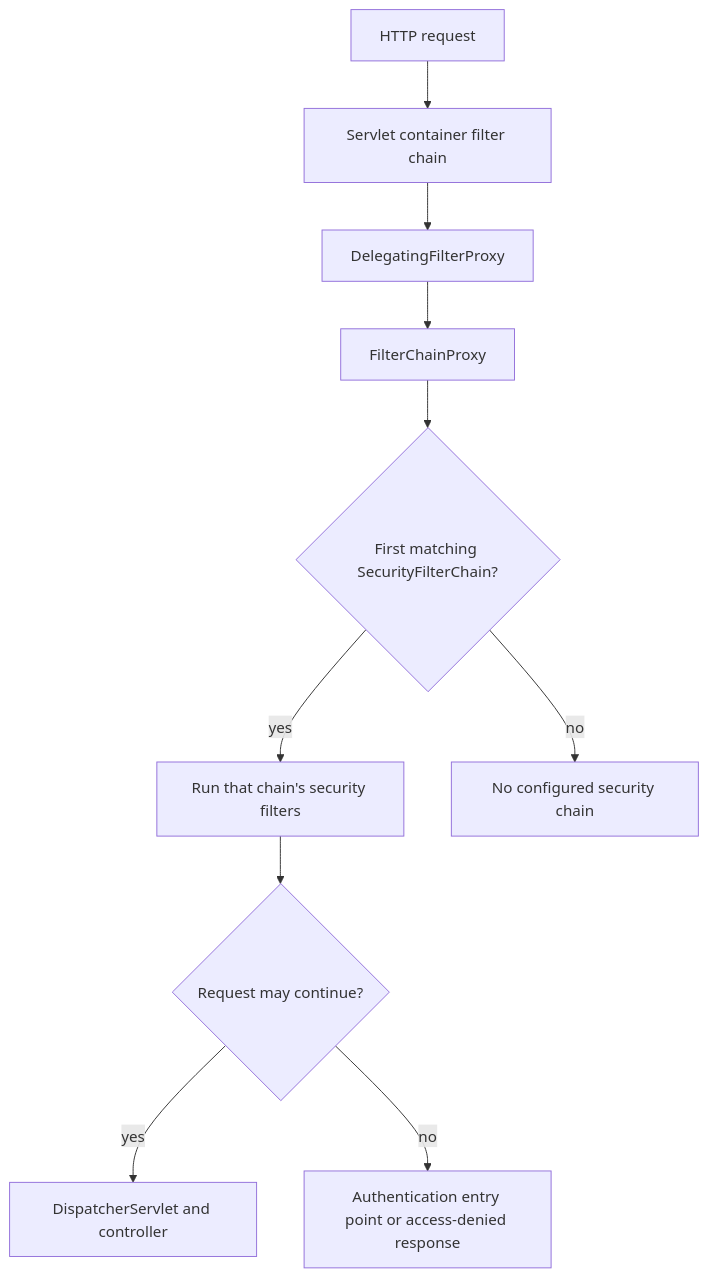
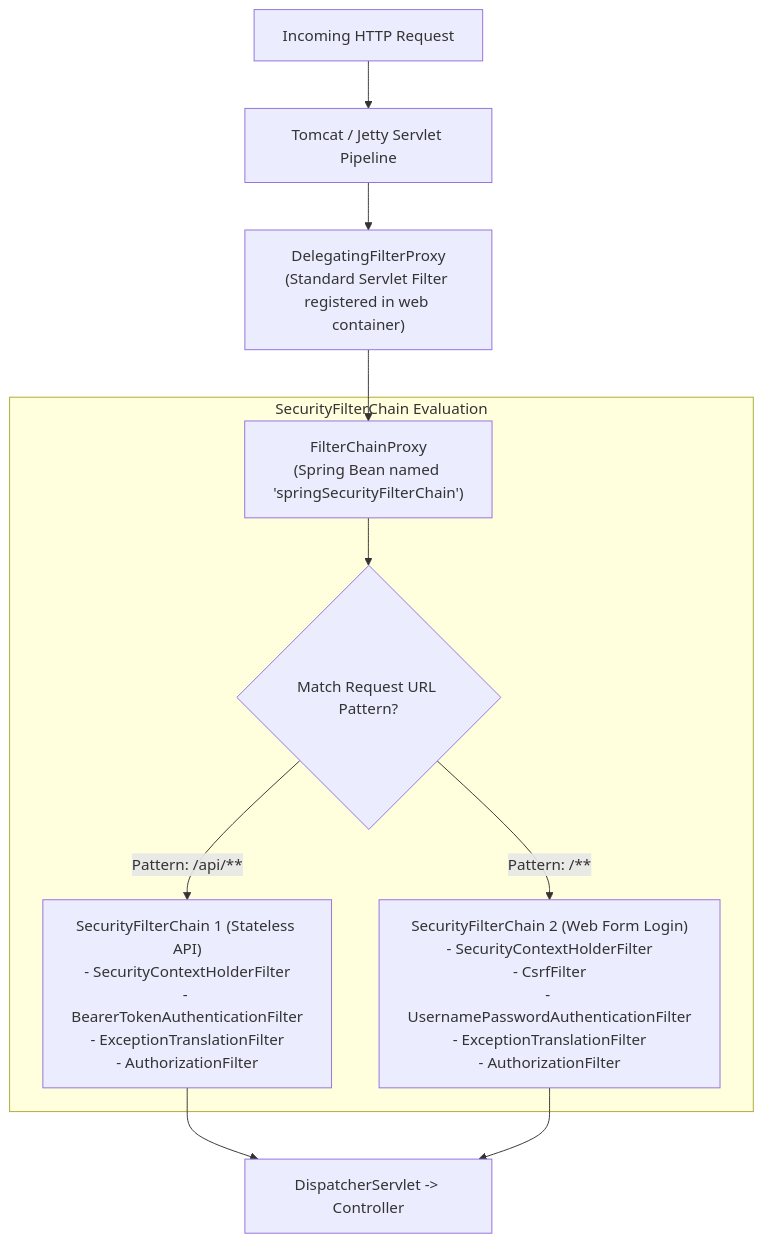
The first of 5 diagrams in content/roadmap/level-8/spring-security-architecture.md (ravishankar2463/java_hub), drawn with Mermaid before and after one commit. The commit also changed other lines of this file, not shown here.

Commit message:
docs(level-8): overhaul spring security architecture with human voice, filterchainproxy internals, and idor defenses

````diff
--- a/content/roadmap/level-8/spring-security-architecture.md
+++ b/content/roadmap/level-8/spring-security-architecture.md
@@ -16,12 +20,26 @@
 ```mermaid
 flowchart TD
-    request["HTTP request"] --> container["Servlet container filter chain"]
-    container --> delegate["DelegatingFilterProxy"]
-    delegate --> proxy["FilterChainProxy"]
-    proxy --> select{"First matching SecurityFilterChain?"}
-    select -->|yes| filters["Run that chain's security filters"]
-    select -->|no| unmatched["No configured security chain"]
-    filters --> allowed{"Request may continue?"}
-    allowed -->|yes| mvc["DispatcherServlet and controller"]
-    allowed -->|no| reject["Authentication entry point or access-denied response"]
+    Request["Incoming HTTP Request"] --> TC["Tomcat / Jetty Servlet Pipeline"]
+    TC --> DFP["DelegatingFilterProxy
+(Standard Servlet Filter registered in web container)"]
+    DFP --> FCP["FilterChainProxy
+(Spring Bean named 'springSecurityFilterChain')"]
+
+    subgraph SecurityChains ["SecurityFilterChain Evaluation"]
+        FCP --> Match{"Match Request URL Pattern?"}
+        Match -->|Pattern: /api/**| Chain1["SecurityFilterChain 1 (Stateless API)
+- SecurityContextHolderFilter
+- BearerTokenAuthenticationFilter
+- ExceptionTranslationFilter
+- AuthorizationFilter"]
+        Match -->|Pattern: /**| Chain2["SecurityFilterChain 2 (Web Form Login)
+- SecurityContextHolderFilter
+- CsrfFilter
+- UsernamePasswordAuthenticationFilter
+- ExceptionTranslationFilter
+- AuthorizationFilter"]
+    end
+
+    Chain1 --> Dispatcher["DispatcherServlet -> Controller"]
+    Chain2 --> Dispatcher
 ```
````
